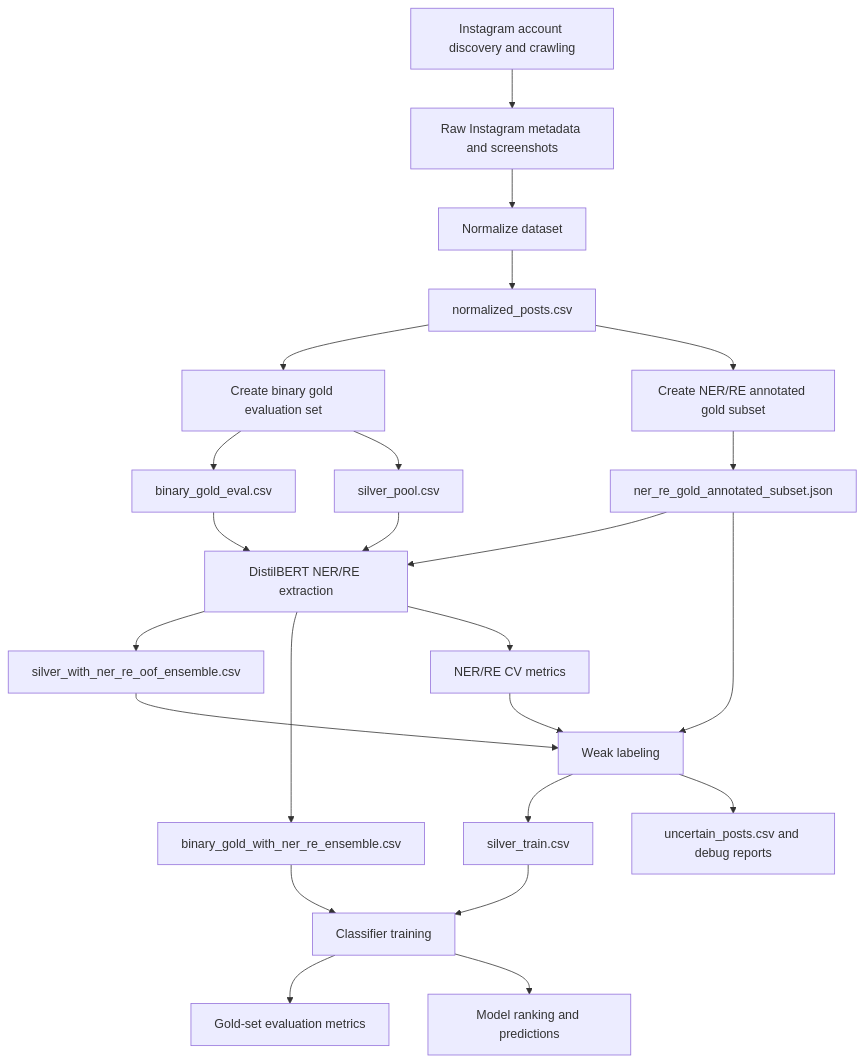
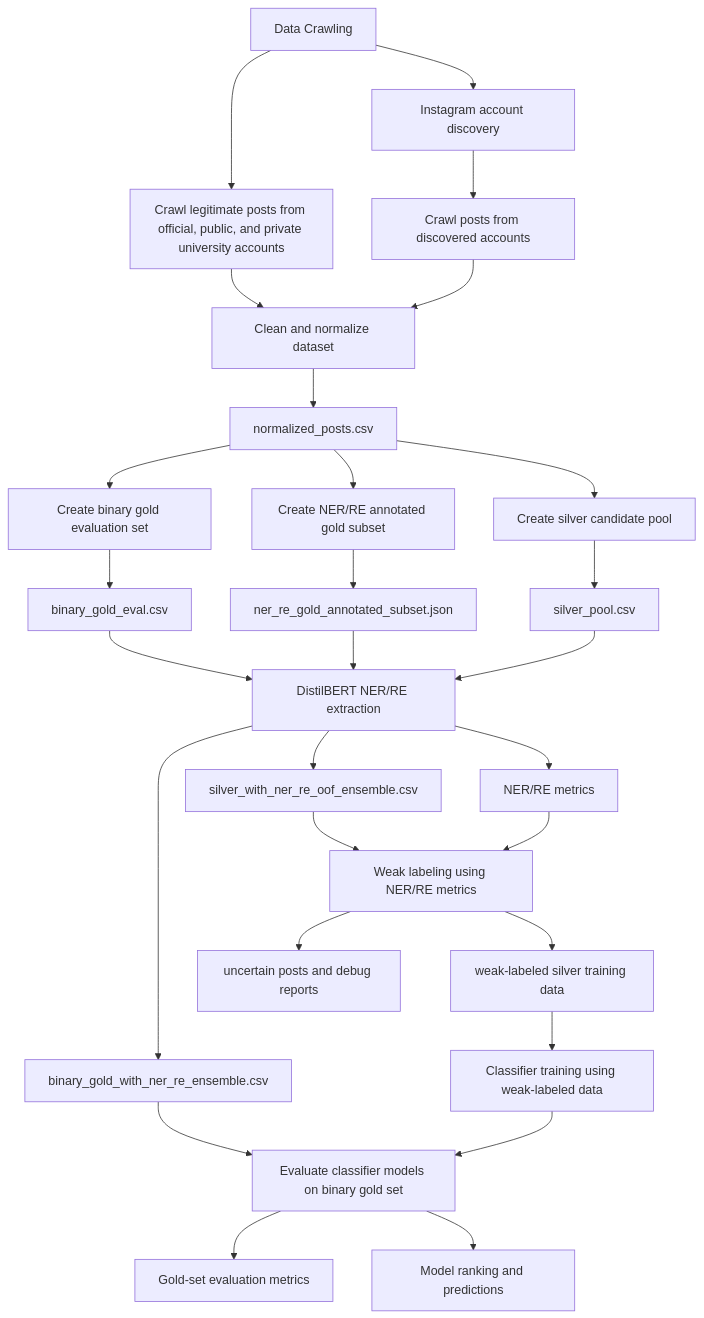
One commit to BlazingVermilion/Suspicious_Study_Abroad_Ads_Detection changed the diagram in README.md. Above: the diagram before and after it, drawn with Mermaid. The commit also changed other lines of this file, not shown here.

Commit message:
update pipeline overview

````diff
--- a/README.md
+++ b/README.md
@@ -65,34 +65,38 @@
 ```mermaid
 flowchart TD
-    A[Instagram account discovery and crawling] --> B[Raw Instagram metadata and screenshots]
-    B --> C[Normalize dataset]
-    C --> D[normalized_posts.csv]
+    A[Data Crawling] --> B[Crawl legitimate posts from official, public, and private university accounts]
+    A --> C[Instagram account discovery]
+    C --> D[Crawl posts from discovered accounts]
 
-    D --> E1[Create binary gold evaluation set]
-    D --> E2[Create NER/RE annotated gold subset]
+    B --> E[Clean and normalize dataset]
+    D --> E
+    E --> F[normalized_posts.csv]
 
-    E1 --> F1[binary_gold_eval.csv]
-    E1 --> F2[silver_pool.csv]
-    E2 --> F3[ner_re_gold_annotated_subset.json]
+    F --> G[Create binary gold evaluation set]
+    F --> H[Create NER/RE annotated gold subset]
+    F --> I[Create silver candidate pool]
 
-    F2 --> G[DistilBERT NER/RE extraction]
-    F1 --> G
-    F3 --> G
+    G --> J[binary_gold_eval.csv]
+    H --> K[ner_re_gold_annotated_subset.json]
+    I --> L[silver_pool.csv]
 
-    G --> H1[silver_with_ner_re_oof_ensemble.csv]
-    G --> H2[binary_gold_with_ner_re_ensemble.csv]
-    G --> H3[NER/RE CV metrics]
+    J --> M[DistilBERT NER/RE extraction]
+    K --> M
+    L --> M
 
-    H1 --> I[Weak labeling]
-    H3 --> I
-    F3 --> I
+    M --> N[NER/RE metrics]
+    M --> O[binary_gold_with_ner_re_ensemble.csv]
+    M --> P[silver_with_ner_re_oof_ensemble.csv]
 
-    I --> J[silver_train.csv]
-    I --> K[uncertain_posts.csv and debug reports]
+    P --> Q[Weak labeling using NER/RE metrics]
+    N --> Q
+    Q --> R[weak-labeled silver training data]
+    Q --> S[uncertain posts and debug reports]
 
-    J --> L[Classifier training]
-    H2 --> L
+    R --> T[Classifier training using weak-labeled data]
+    O --> U[Evaluate classifier models on binary gold set]
+    T --> U
 
-    L --> M[Gold-set evaluation metrics]
-    L --> N[Model ranking and predictions]
+    U --> V[Gold-set evaluation metrics]
+    U --> W[Model ranking and predictions]
 ```
````
